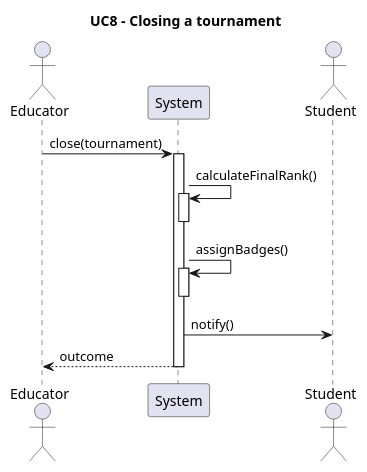
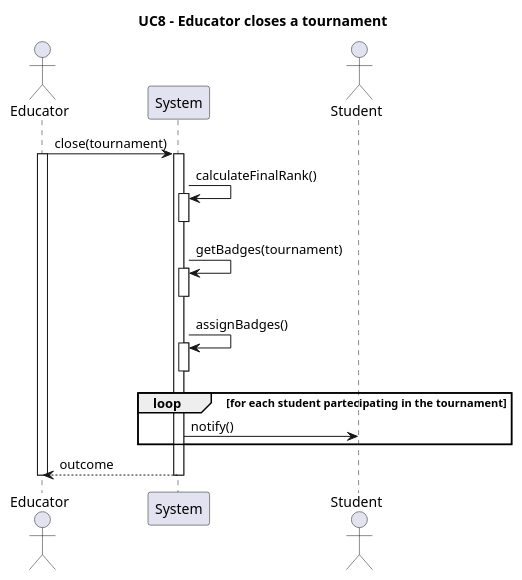
Before and after one commit to Furrrlo/CodeKataBattle: the diagram in rasd/puml/UC8.puml, drawn with PlantUML. The commit also changed 8 other files, not shown here.

```diff
--- a/rasd/puml/UC8.puml
+++ b/rasd/puml/UC8.puml
@@ -1,14 +1,27 @@
 @startuml UC8
-title UC8 - Closing a tournament
+title UC8 - Educator closes a tournament   
 actor Educator
 participant System
 actor Student
 
 Educator -> System ++ : close(tournament)
+activate Educator
+
 System -> System ++ : calculateFinalRank()
 deactivate System
+
+System -> System ++ : getBadges(tournament)
+deactivate System
+
 System -> System ++ : assignBadges()
 deactivate System
-System -> Student: notify()
+
+loop for each student partecipating in the tournament
+    System -> Student : notify()
+
+end
+
+
 System --> Educator --: outcome
+deactivate Educator
 @enduml
```
